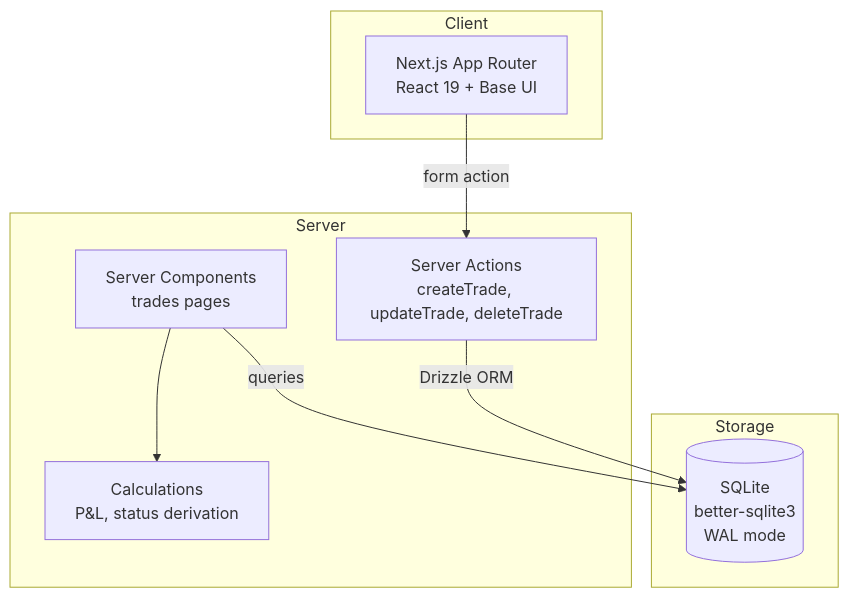
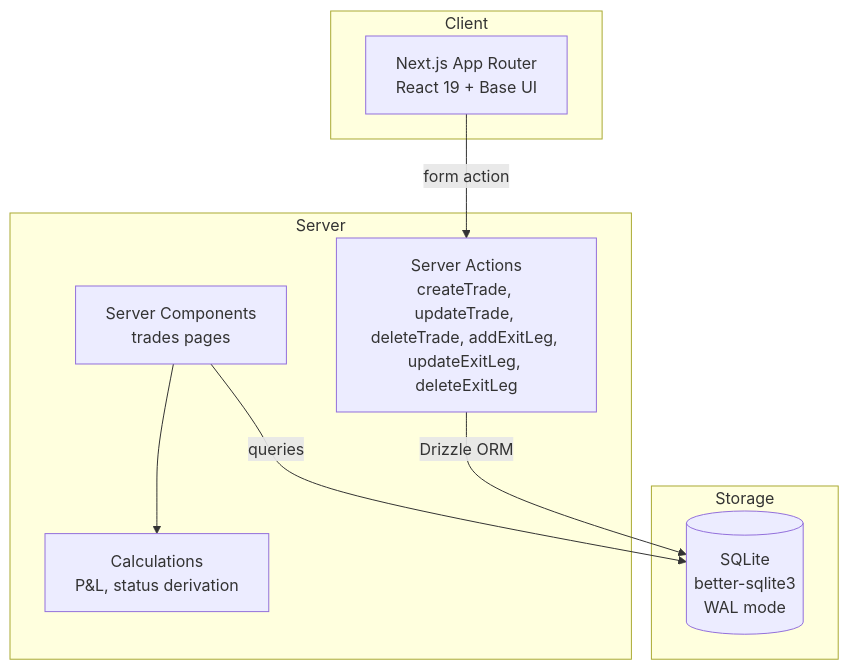
One commit to AgentTT5518/trading_journal changed the diagram in ARCHITECTURE.md. Above: the diagram before and after it, drawn with Mermaid. The commit also changed other lines of this file and 17 other files, not shown here.

````diff
--- a/ARCHITECTURE.md
+++ b/ARCHITECTURE.md
@@ -9,21 +9,21 @@
 ```mermaid
 graph TB
     subgraph Client
         UI[Next.js App Router<br/>React 19 + Base UI]
     end
 
     subgraph Server
-        SA[Server Actions<br/>createTrade, updateTrade, deleteTrade]
+        SA[Server Actions<br/>createTrade, updateTrade, deleteTrade, addExitLeg, updateExitLeg, deleteExitLeg]
         SC[Server Components<br/>trades pages]
         CALC[Calculations<br/>P&L, status derivation]
     end
 
     subgraph Storage
         DB[(SQLite<br/>better-sqlite3<br/>WAL mode)]
     end
 
     UI -->|form action| SA
     SC -->|queries| DB
     SA -->|Drizzle ORM| DB
     SC --> CALC
 ```
````
